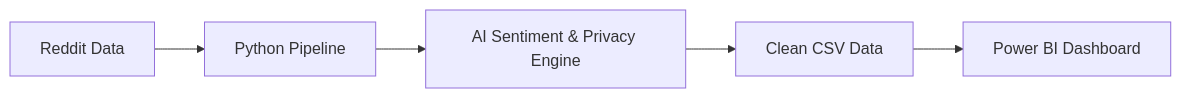
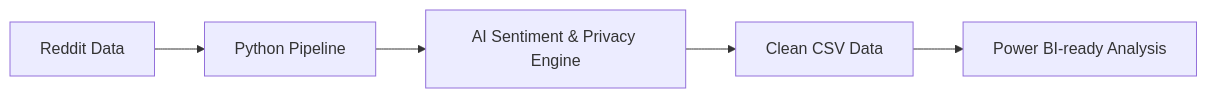
The diagram in METHODOLOGY.md (Rafia-Research/rural-residency-sentiment-analyzer), drawn with Mermaid before and after one commit. The commit also changed other lines of this file and 17 other files, not shown here.

````diff
--- a/METHODOLOGY.md
+++ b/METHODOLOGY.md
@@ -58,7 +63,7 @@
 ```mermaid
 graph LR
     Reddit[Reddit Data] --> Ingest[Python Pipeline]
     Ingest --> Analysis[AI Sentiment & Privacy Engine]
     Analysis --> Data[Clean CSV Data]
-    Data --> Dashboard[Power BI Dashboard]
+    Data --> Dashboard[Power BI-ready Analysis]
 ```
````
